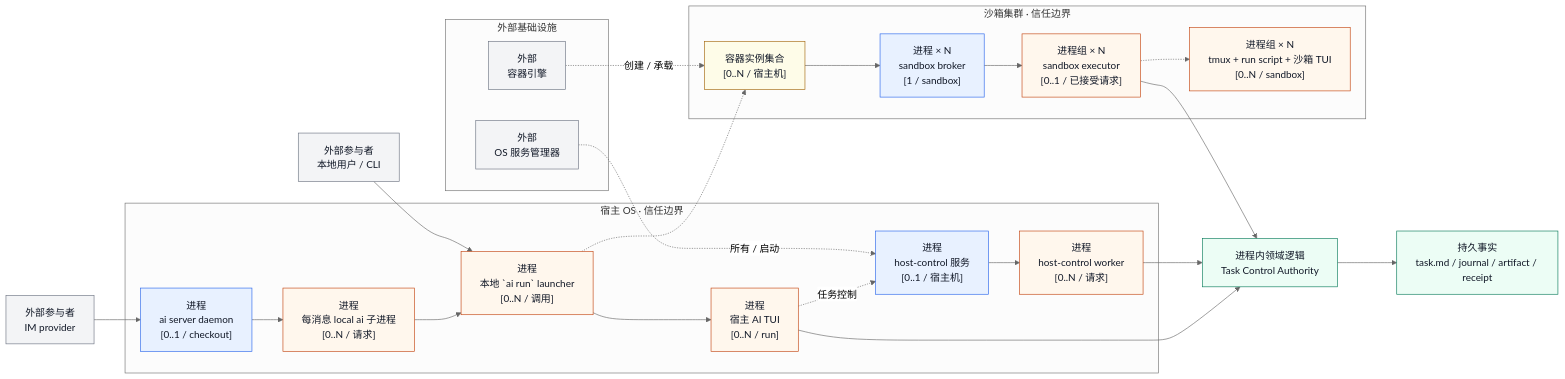
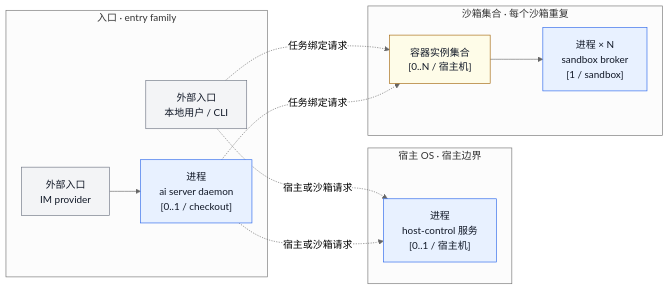
Before and after one commit to fitlab-ai/agent-infra: the second of 4 diagrams in docs/zh-CN/architecture.md, drawn with Mermaid (neutral theme). The commit also changed other lines of this file and 1 other file, not shown here.

Commit message:
docs(architecture): clarify runtime process topology

````diff
--- a/docs/zh-CN/architecture.md
+++ b/docs/zh-CN/architecture.md
@@ -57,52 +51,28 @@
 ```mermaid
 flowchart LR
   classDef process fill:#e8f1ff,stroke:#2563eb,color:#111827;
-  classDef processGroup fill:#fff7ed,stroke:#c2410c,color:#111827;
-  classDef domain fill:#ecfdf5,stroke:#047857,color:#111827;
   classDef boundary fill:#fefce8,stroke:#a16207,color:#111827;
   classDef external fill:#f3f4f6,stroke:#6b7280,color:#111827;
 
-  IM["外部参与者<br/>IM provider"]:::external
-  LOCAL["外部参与者<br/>本地用户 / CLI"]:::external
-
-  subgraph H["宿主 OS · 信任边界"]
+  subgraph I["入口 · entry family"]
+    CLI["外部入口<br/>本地用户 / CLI"]:::external
+    IM["外部入口<br/>IM provider"]:::external
     D["进程<br/>ai server daemon<br/>[0..1 / checkout]"]:::process
-    C["进程<br/>每消息 local ai 子进程<br/>[0..N / 请求]"]:::processGroup
-    L["进程<br/>本地 `ai run` launcher<br/>[0..N / 调用]"]:::processGroup
-    HT["进程<br/>宿主 AI TUI<br/>[0..N / run]"]:::processGroup
-    HC["进程<br/>host-control 服务<br/>[0..1 / 宿主机]"]:::process
-    HW["进程<br/>host-control worker<br/>[0..N / 请求]"]:::processGroup
+    IM --> D
   end
 
-  subgraph F["沙箱集群 · 信任边界"]
-    SF["容器实例集合<br/>[0..N / 宿主机]"]:::boundary
-    B["进程 × N<br/>sandbox broker<br/>[1 / sandbox]"]:::process
-    E["进程组 × N<br/>sandbox executor<br/>[0..1 / 已接受请求]"]:::processGroup
-    R["进程组 × N<br/>tmux + run script + 沙箱 TUI<br/>[0..N / sandbox]"]:::processGroup
+  subgraph H["宿主 OS · 宿主边界"]
+    HC["进程<br/>host-control 服务<br/>[0..1 / 宿主机]"]:::process
   end
 
-  subgraph X["外部基础设施"]
-    ENG["外部<br/>容器引擎"]:::external
-    SM["外部<br/>OS 服务管理器"]:::external
+  subgraph F["沙箱集合 · 每个沙箱重复"]
+    C["容器实例集合<br/>[0..N / 宿主机]"]:::boundary
+    B["进程 × N<br/>sandbox broker<br/>[1 / sandbox]"]:::process
+    C --> B
   end
 
-  TA["进程内领域逻辑<br/>Task Control Authority"]:::domain
-  STATE["持久事实<br/>task.md / journal / artifact / receipt"]:::domain
-
-  IM --> D
-  LOCAL --> L
-  D --> C --> L
-  L --> HT
-  L -.-> SF
-  SF --> B
-  B --> E
-  E -.-> R
-  SM -. 所有 / 启动 .-> HC
-  HC --> HW
-  ENG -. 创建 / 承载 .-> SF
-  HT -. 任务控制 .-> HC
-  HW --> TA
-  HT --> TA
-  E --> TA
-  TA --> STATE
+  CLI -. 宿主或沙箱请求 .-> HC
+  D -. 宿主或沙箱请求 .-> HC
+  CLI -. 任务绑定请求 .-> C
+  D -. 任务绑定请求 .-> C
 ```
````
